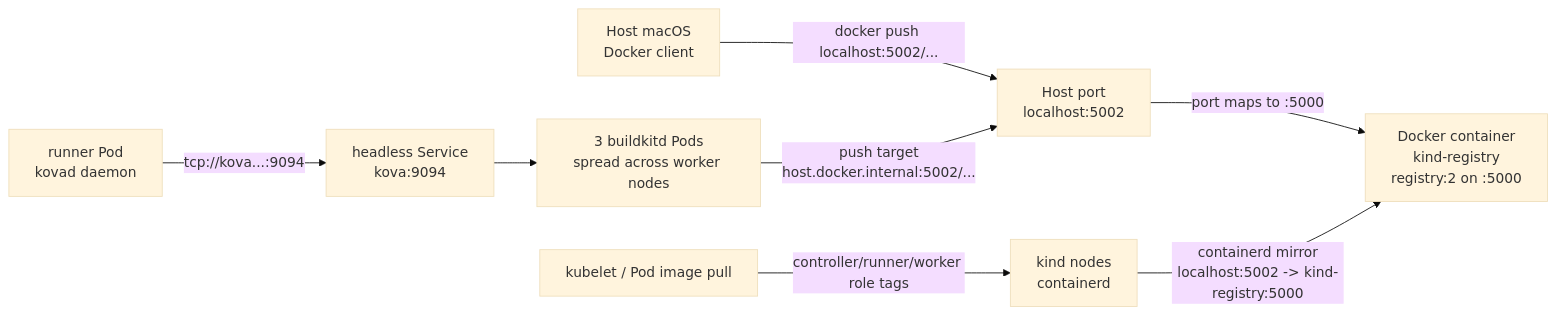
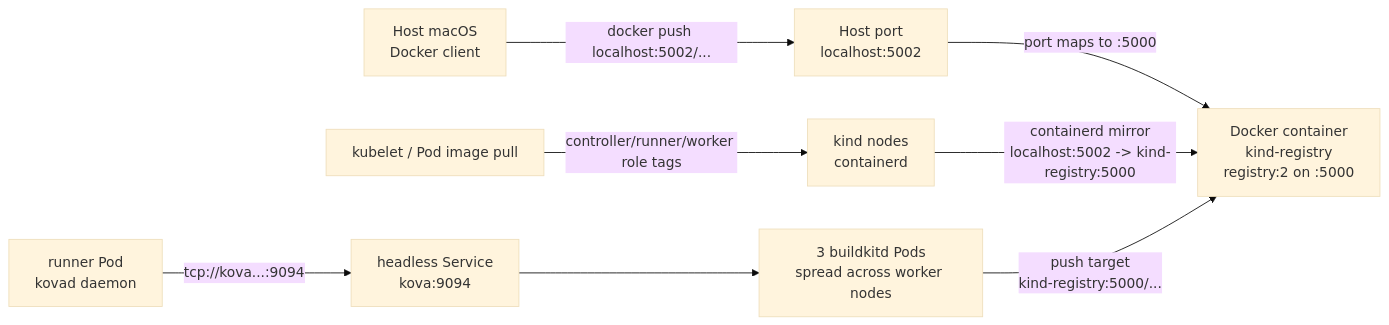
The diagram in docs/deployment/local-kind-registry.md (cofy-x/kova), drawn with Mermaid (base theme) before and after one commit. The commit also changed other lines of this file and 15 other files, not shown here.

Commit message:
fix: use portable kind registry addressing

````diff
--- a/docs/deployment/local-kind-registry.md
+++ b/docs/deployment/local-kind-registry.md
@@ -16,21 +16,21 @@
 ```mermaid
 flowchart LR
   host["Host macOS<br/>Docker client"]
   hostPort["Host port<br/>localhost:5002"]
   registry["Docker container<br/>kind-registry<br/>registry:2 on :5000"]
   kindNode["kind nodes<br/>containerd"]
   kubelet["kubelet / Pod image pull"]
   buildkitSvc["headless Service<br/>kova:9094"]
   buildkit["3 buildkitd Pods<br/>spread across worker nodes"]
   runner["runner Pod<br/>kovad daemon"]
 
   host -->|"docker push localhost:5002/..."| hostPort
   hostPort -->|"port maps to :5000"| registry
 
   kindNode -->|"containerd mirror<br/>localhost:5002 -> kind-registry:5000"| registry
   kubelet -->|"controller/runner/worker role tags"| kindNode
 
   runner -->|"tcp://kova...:9094"| buildkitSvc
   buildkitSvc --> buildkit
-  buildkit -->|"push target<br/>host.docker.internal:5002/..."| hostPort
+  buildkit -->|"push target<br/>kind-registry:5000/..."| registry
 ```
````
